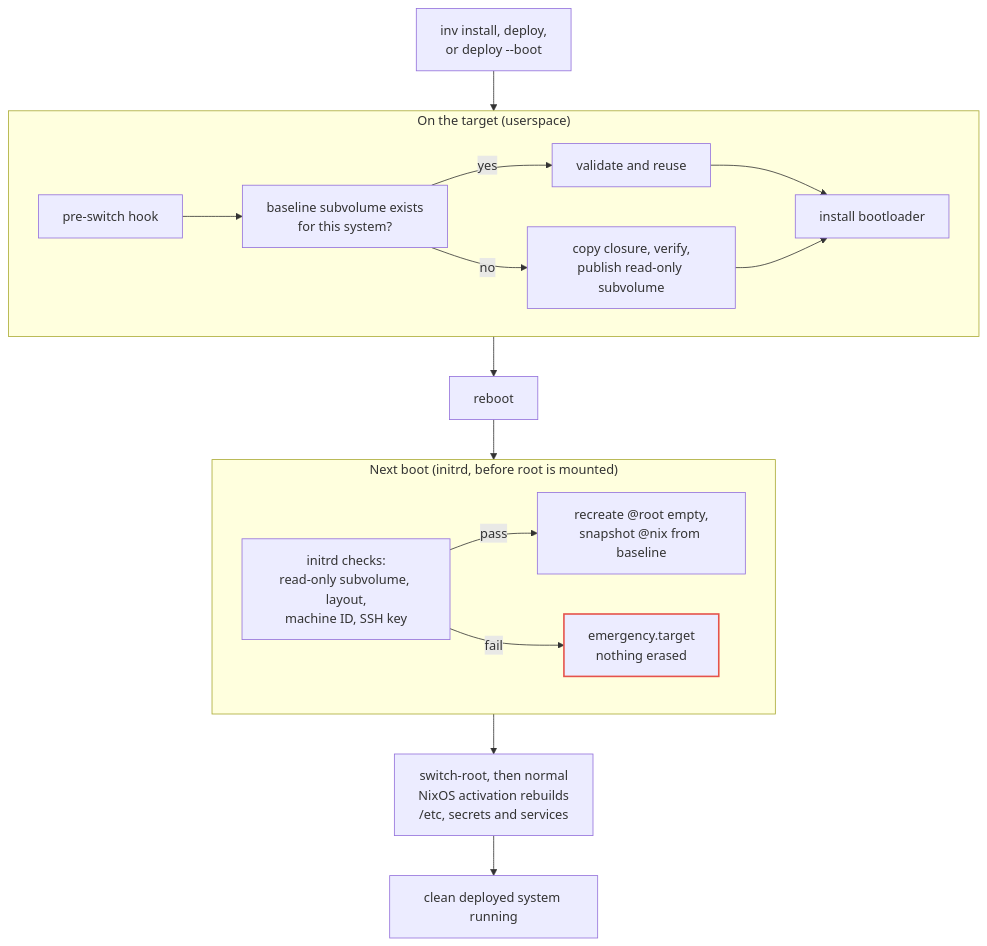
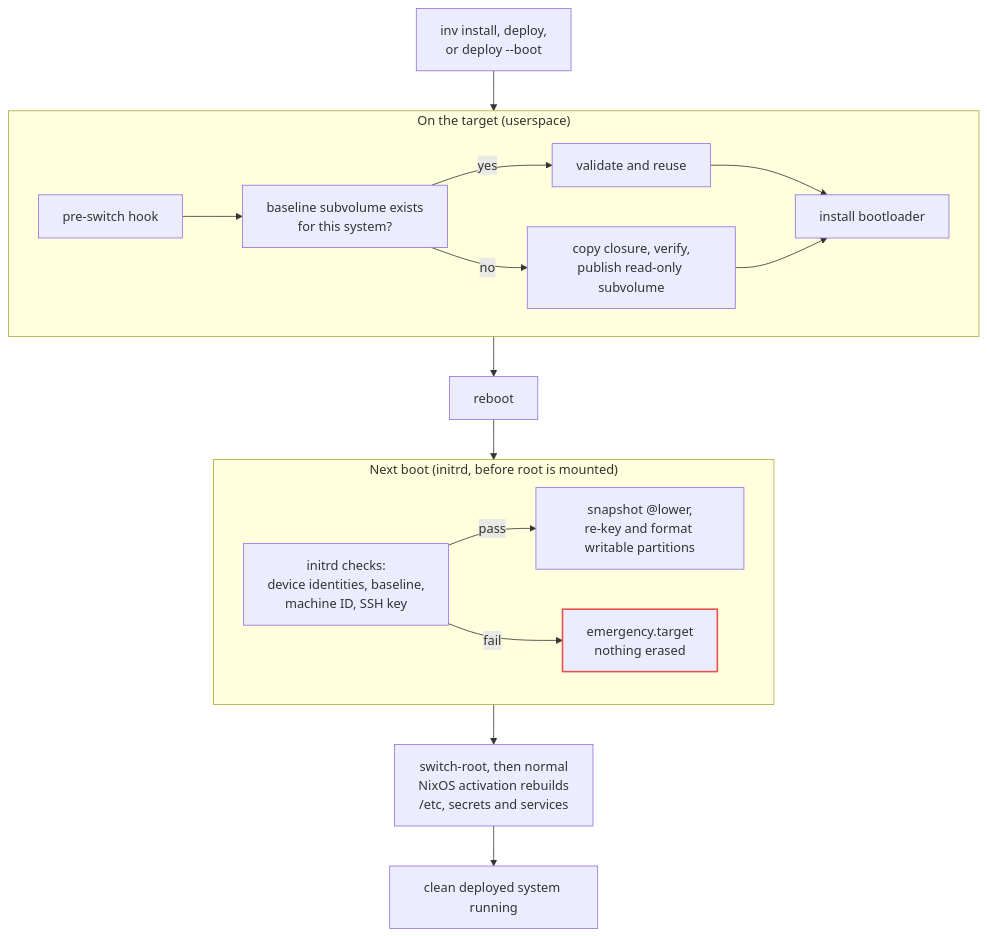
The diagram in docs/baseline-reset.md (tiiuae/ghaf-infra), drawn with Mermaid before and after one commit. The commit also changed other lines of this file and 17 other files, not shown here.

First line of the commit message:
feat: encrypt baseline reset writable data per boot

````diff
--- a/docs/baseline-reset.md
+++ b/docs/baseline-reset.md
@@ -134,28 +136,28 @@
 ```mermaid
 flowchart TD
   A["inv install, deploy,<br/>or deploy --boot"] --> B
 
   subgraph SAVE ["On the target (userspace)"]
     direction LR
     B["pre-switch hook"] --> C["baseline subvolume exists<br/>for this system?"]
     C -- yes --> D["validate and reuse"]
     C -- no --> E["copy closure, verify,<br/>publish read-only subvolume"]
     D --> H["install bootloader"]
     E --> H
   end
 
   H --> R["reboot"]
   R --> J
 
   subgraph BOOT ["Next boot (initrd, before root is mounted)"]
     direction LR
-    J["initrd checks:<br/>read-only subvolume, layout,<br/>machine ID, SSH key"] -- pass --> K["recreate @root empty,<br/>snapshot @nix from baseline"]
+    J["initrd checks:<br/>device identities, baseline,<br/>machine ID, SSH key"] -- pass --> K["snapshot @lower,<br/>re-key and format writable partitions"]
     J -- fail --> L["emergency.target<br/>nothing erased"]
   end
 
   K --> N["switch-root, then normal<br/>NixOS activation rebuilds<br/>/etc, secrets and services"]
   N --> M["clean deployed system running"]
 
   classDef failure stroke:#e5534b,stroke-width:2px
   class L failure
 ```
````
